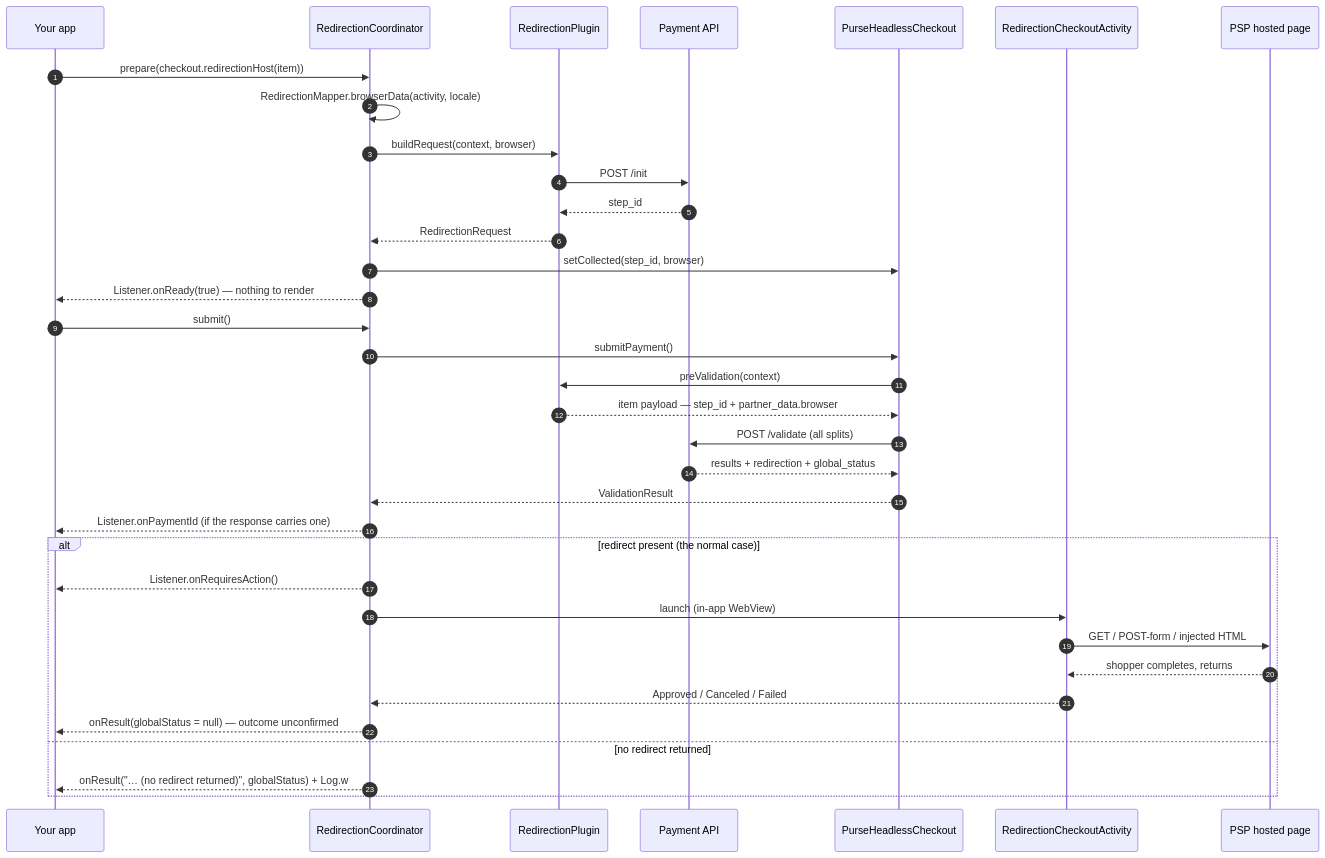
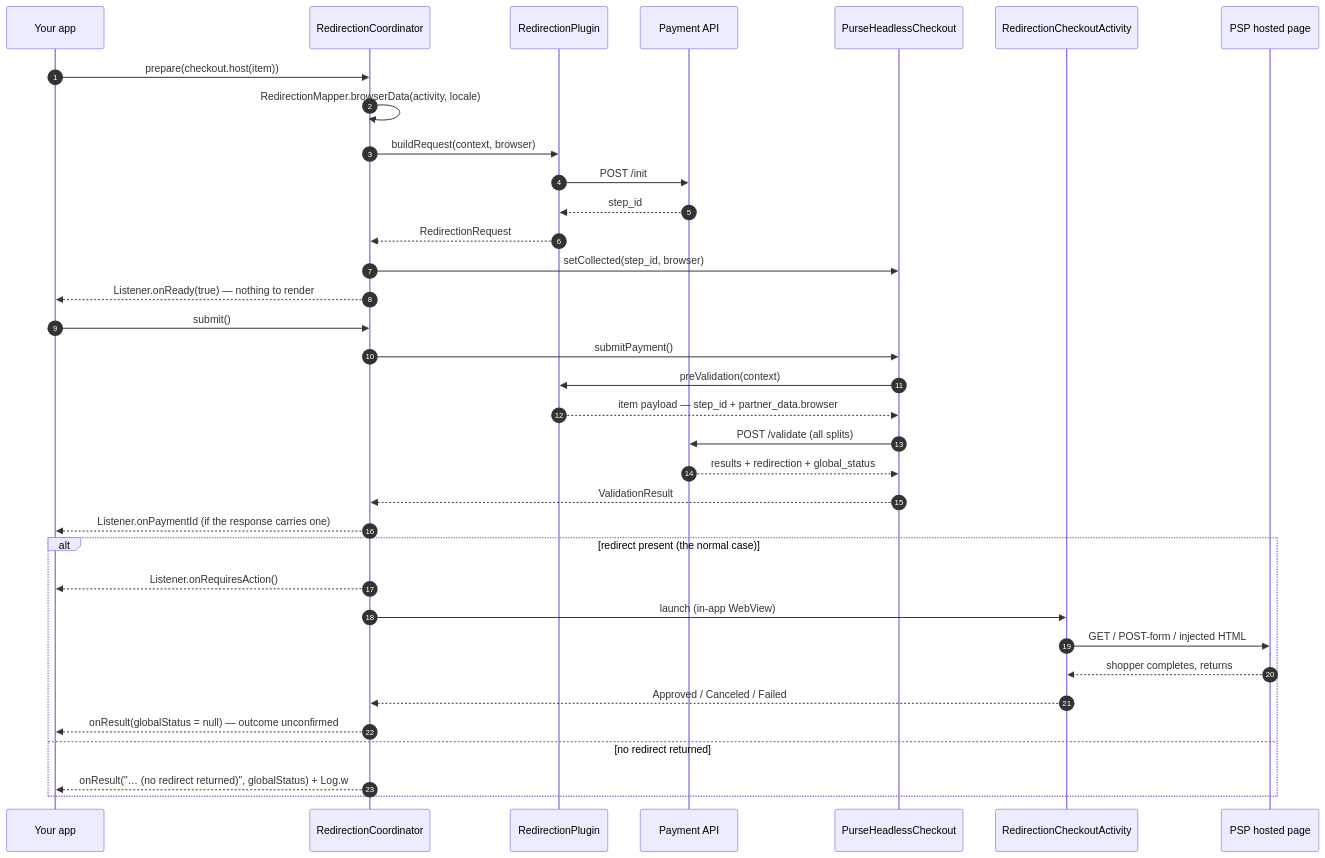
The diagram in docs/plugins/redirection.md (UpStreamPay/purse-headless-checkout-android), drawn with Mermaid before and after one commit. The commit also changed other lines of this file and 13 other files, not shown here.

````diff
--- a/docs/plugins/redirection.md
+++ b/docs/plugins/redirection.md
@@ -98,40 +98,40 @@
 ```mermaid
 sequenceDiagram
     autonumber
     participant App as Your app
     participant Co as RedirectionCoordinator
     participant Pl as RedirectionPlugin
     participant Api as Payment API
     participant Ck as PurseHeadlessCheckout
     participant Rd as RedirectionCheckoutActivity
     participant PSP as PSP hosted page
 
-    App->>Co: prepare(checkout.redirectionHost(item))
+    App->>Co: prepare(checkout.host(item))
     Co->>Co: RedirectionMapper.browserData(activity, locale)
     Co->>Pl: buildRequest(context, browser)
     Pl->>Api: POST /init
     Api-->>Pl: step_id
     Pl-->>Co: RedirectionRequest
     Co->>Ck: setCollected(step_id, browser)
     Co-->>App: Listener.onReady(true) — nothing to render
 
     App->>Co: submit()
     Co->>Ck: submitPayment()
     Ck->>Pl: preValidation(context)
     Pl-->>Ck: item payload — step_id + partner_data.browser
     Ck->>Api: POST /validate (all splits)
     Api-->>Ck: results + redirection + global_status
     Ck-->>Co: ValidationResult
     Co-->>App: Listener.onPaymentId (if the response carries one)
 
     alt redirect present (the normal case)
         Co-->>App: Listener.onRequiresAction()
         Co->>Rd: launch (in-app WebView)
         Rd->>PSP: GET / POST-form / injected HTML
         PSP-->>Rd: shopper completes, returns
         Rd-->>Co: Approved / Canceled / Failed
         Co-->>App: onResult(globalStatus = null) — outcome unconfirmed
     else no redirect returned
         Co-->>App: onResult("… (no redirect returned)", globalStatus) + Log.w
     end
 ```
````
